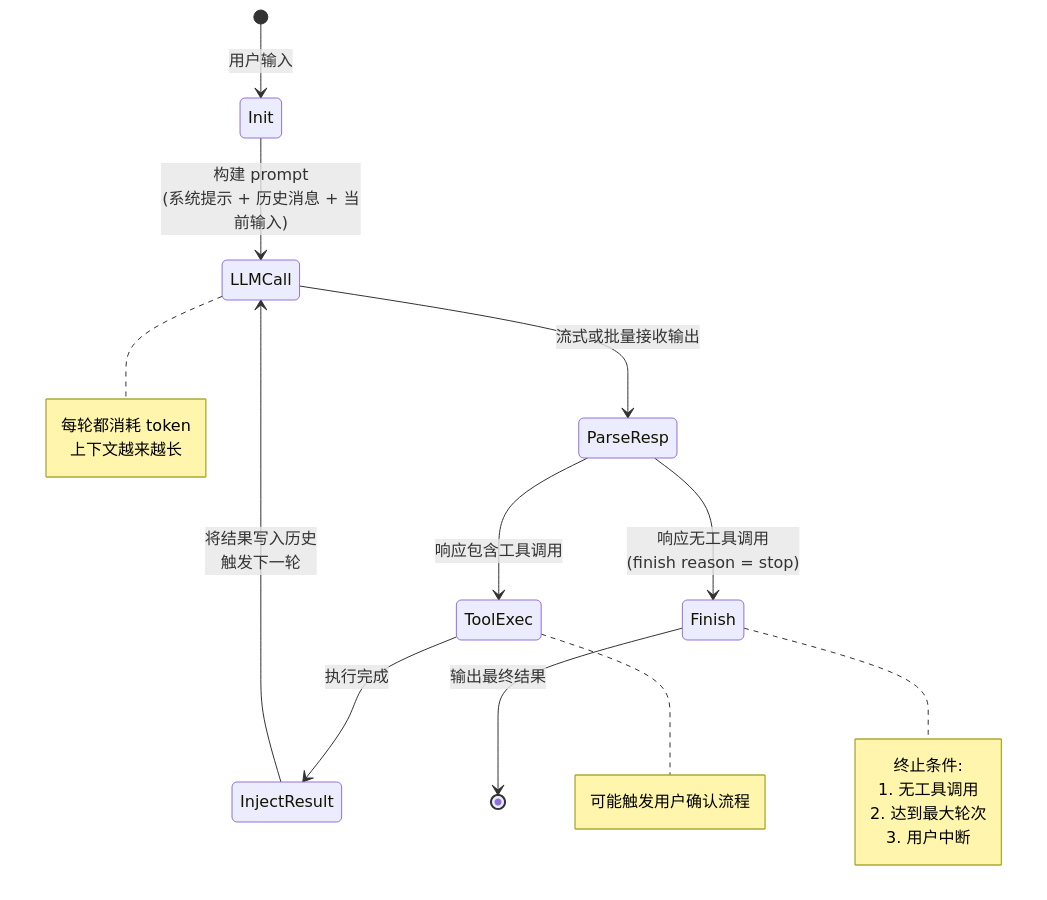
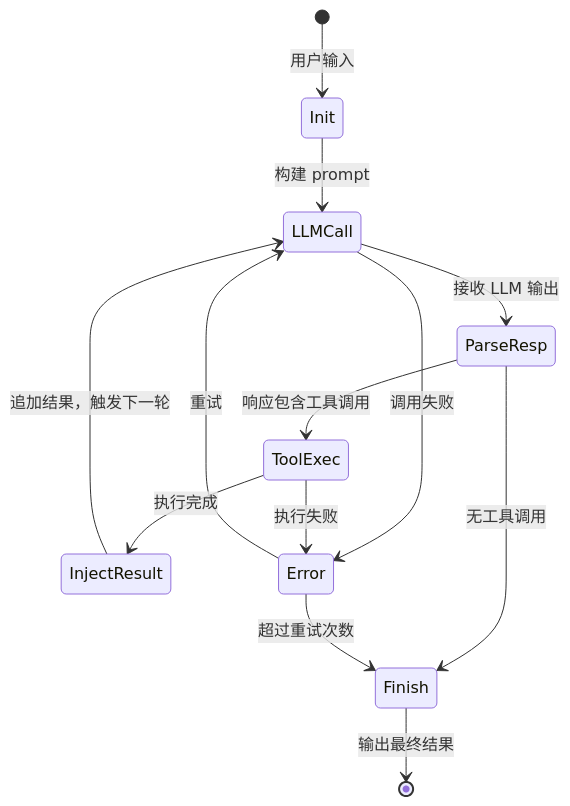
One commit to giraffe-tree/agent-base changed the second of 13 diagrams in docs/comm/04-comm-agent-loop.md. Above: the diagram before and after it, drawn with Mermaid. The commit also changed other lines of this file and 39 other files, not shown here.

````diff
--- a/docs/comm/04-comm-agent-loop.md
+++ b/docs/comm/04-comm-agent-loop.md
@@ -39,27 +152,16 @@
 ```mermaid
 stateDiagram-v2
     [*] --> Init: 用户输入
-    Init --> LLMCall: 构建 prompt<br/>(系统提示 + 历史消息 + 当前输入)
-    LLMCall --> ParseResp: 流式或批量接收输出
+    Init --> LLMCall: 构建 prompt
+    LLMCall --> ParseResp: 接收 LLM 输出
     ParseResp --> ToolExec: 响应包含工具调用
-    ParseResp --> Finish: 响应无工具调用<br/>(finish reason = stop)
+    ParseResp --> Finish: 无工具调用
     ToolExec --> InjectResult: 执行完成
-    InjectResult --> LLMCall: 将结果写入历史<br/>触发下一轮
+    InjectResult --> LLMCall: 追加结果，触发下一轮
     Finish --> [*]: 输出最终结果
 
-    note right of LLMCall
-        每轮都消耗 token
-        上下文越来越长
-    end note
-
-    note right of ToolExec
-        可能触发用户确认流程
-    end note
-
-    note right of Finish
-        终止条件:
-        1. 无工具调用
-        2. 达到最大轮次
-        3. 用户中断
-    end note
+    LLMCall --> Error: 调用失败
+    ToolExec --> Error: 执行失败
+    Error --> LLMCall: 重试
+    Error --> Finish: 超过重试次数
 ```
````
